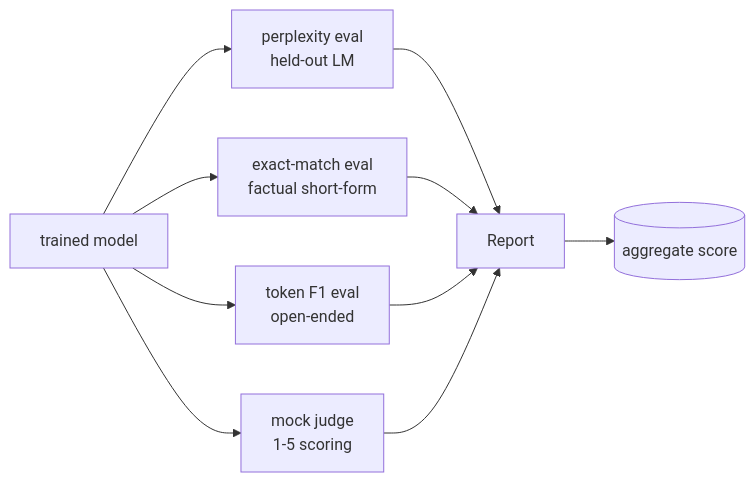
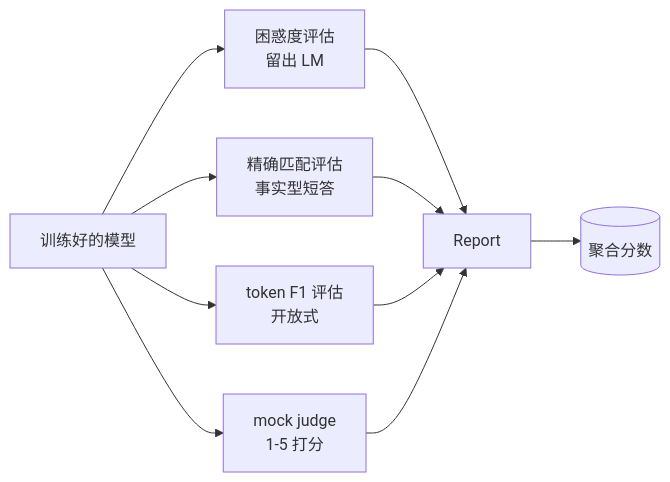
Before and after one commit to JerryC8080/ai-engineering-from-scratch-zh: the first of 3 diagrams in phases/19-capstone-projects/41-eval-pipeline/docs/zh.md, drawn with Mermaid. The commit also changed other lines of this file and 156 other files, not shown here.

First line of the commit message:
i18n(zh): translate mermaid diagram labels in 157 lesson zh.md

````diff
--- a/phases/19-capstone-projects/41-eval-pipeline/docs/zh.md
+++ b/phases/19-capstone-projects/41-eval-pipeline/docs/zh.md
@@ -30,12 +30,12 @@
 ```mermaid
 flowchart LR
-  Model[trained model] --> PPL[perplexity eval<br/>held-out LM]
-  Model --> EM[exact-match eval<br/>factual short-form]
-  Model --> F1[token F1 eval<br/>open-ended]
-  Model --> J[mock judge<br/>1-5 scoring]
+  Model[训练好的模型] --> PPL[困惑度评估<br/>留出 LM]
+  Model --> EM[精确匹配评估<br/>事实型短答]
+  Model --> F1[token F1 评估<br/>开放式]
+  Model --> J[mock judge<br/>1-5 打分]
   PPL --> R[Report]
   EM --> R
   F1 --> R
   J --> R
-  R --> A[(aggregate score)]
+  R --> A[(聚合分数)]
 ```
````
